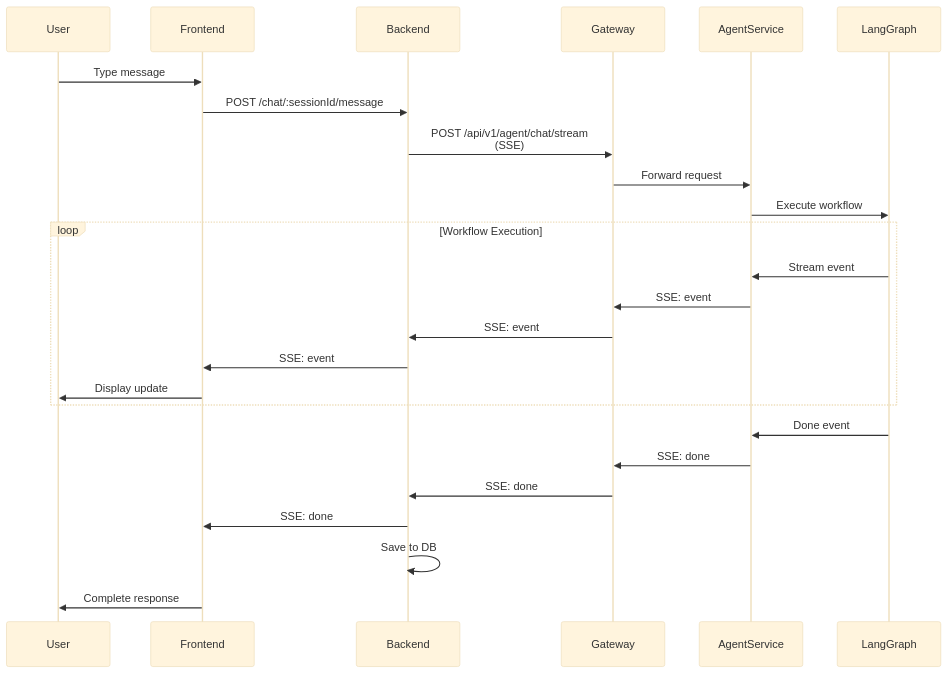
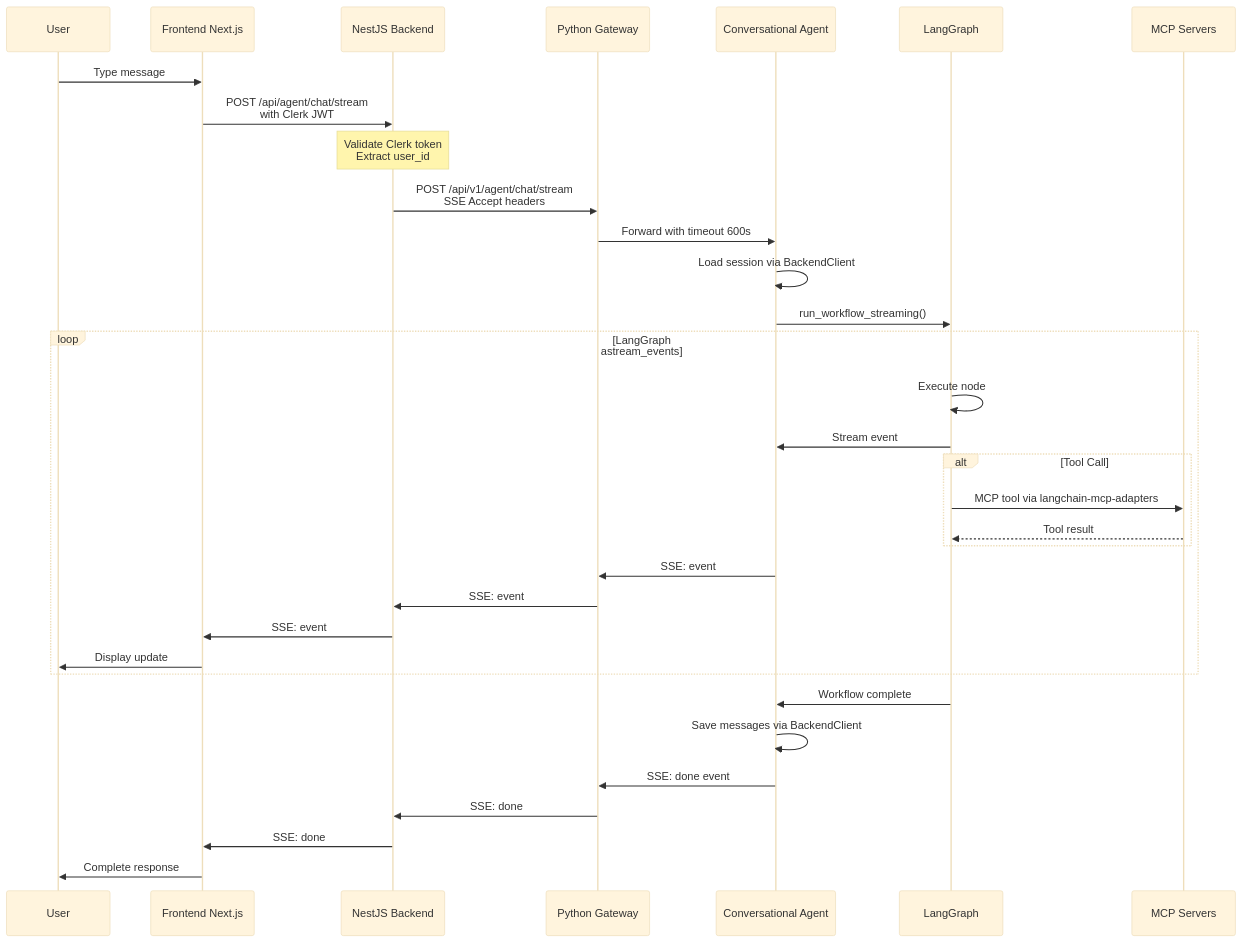
One commit to brscn2/aesthetiq changed the seventh of 9 diagrams in python_engine/docs/MULTI_AGENT_FLOW_DIAGRAM.md. Above: the diagram before and after it, drawn with Mermaid (base theme). The commit also changed other lines of this file and 2 other files, not shown here.

````diff
--- a/python_engine/docs/MULTI_AGENT_FLOW_DIAGRAM.md
+++ b/python_engine/docs/MULTI_AGENT_FLOW_DIAGRAM.md
@@ -317,31 +321,42 @@
 ```mermaid
 sequenceDiagram
     participant User
-    participant Frontend
-    participant Backend
-    participant Gateway
-    participant AgentService
-    participant LangGraph
+    participant Frontend as Frontend Next.js
+    participant Backend as NestJS Backend
+    participant Gateway as Python Gateway
+    participant Agent as Conversational Agent
+    participant LG as LangGraph
+    participant MCP as MCP Servers
     
     User->>Frontend: Type message
-    Frontend->>Backend: POST /chat/:sessionId/message
-    Backend->>Gateway: POST /api/v1/agent/chat/stream<br/>(SSE)
+    Frontend->>Backend: POST /api/agent/chat/stream<br/>with Clerk JWT
     
-    Gateway->>AgentService: Forward request
-    AgentService->>LangGraph: Execute workflow
+    Note over Backend: Validate Clerk token<br/>Extract user_id
     
-    loop Workflow Execution
-        LangGraph->>AgentService: Stream event
-        AgentService->>Gateway: SSE: event
+    Backend->>Gateway: POST /api/v1/agent/chat/stream<br/>SSE Accept headers
+    Gateway->>Agent: Forward with timeout 600s
+    Agent->>Agent: Load session via BackendClient
+    Agent->>LG: run_workflow_streaming()
+    
+    loop LangGraph astream_events
+        LG->>LG: Execute node
+        LG->>Agent: Stream event
+        
+        alt Tool Call
+            LG->>MCP: MCP tool via langchain-mcp-adapters
+            MCP-->>LG: Tool result
+        end
+        
+        Agent->>Gateway: SSE: event
         Gateway->>Backend: SSE: event
         Backend->>Frontend: SSE: event
         Frontend->>User: Display update
     end
     
-    LangGraph->>AgentService: Done event
-    AgentService->>Gateway: SSE: done
+    LG->>Agent: Workflow complete
+    Agent->>Agent: Save messages via BackendClient
+    Agent->>Gateway: SSE: done event
     Gateway->>Backend: SSE: done
     Backend->>Frontend: SSE: done
-    Backend->>Backend: Save to DB
     Frontend->>User: Complete response
 ```
````
